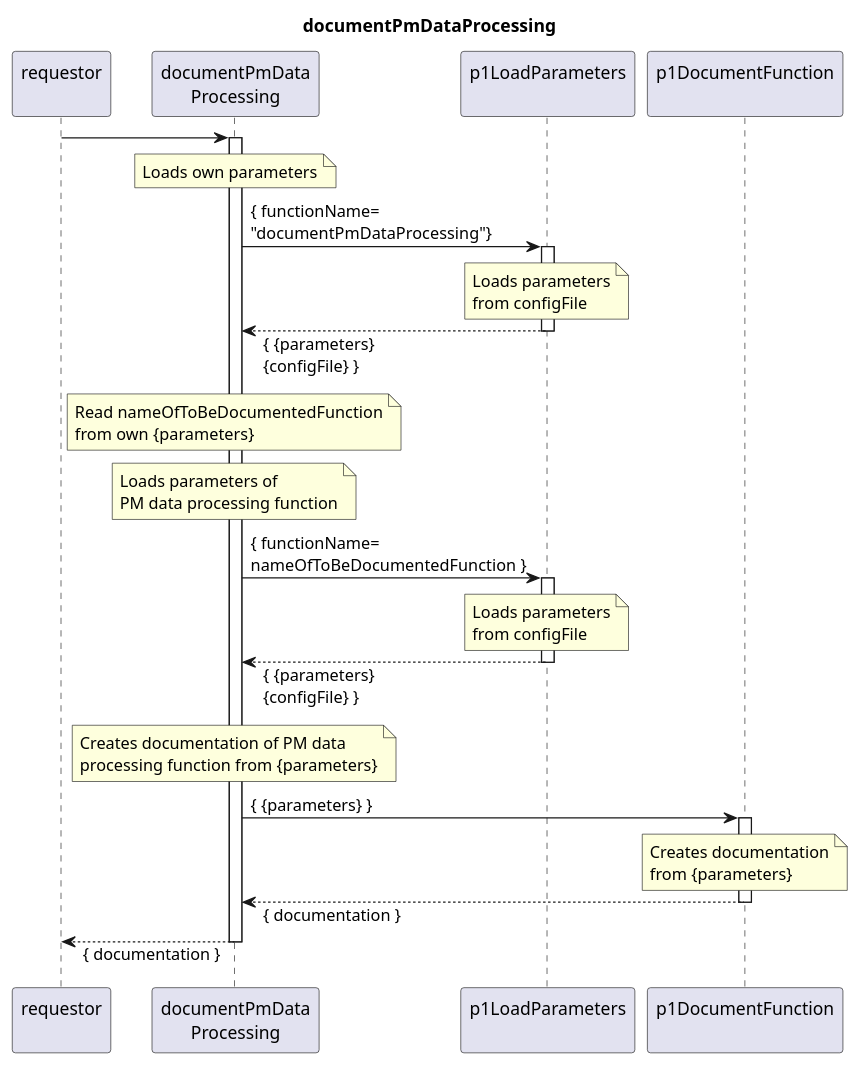
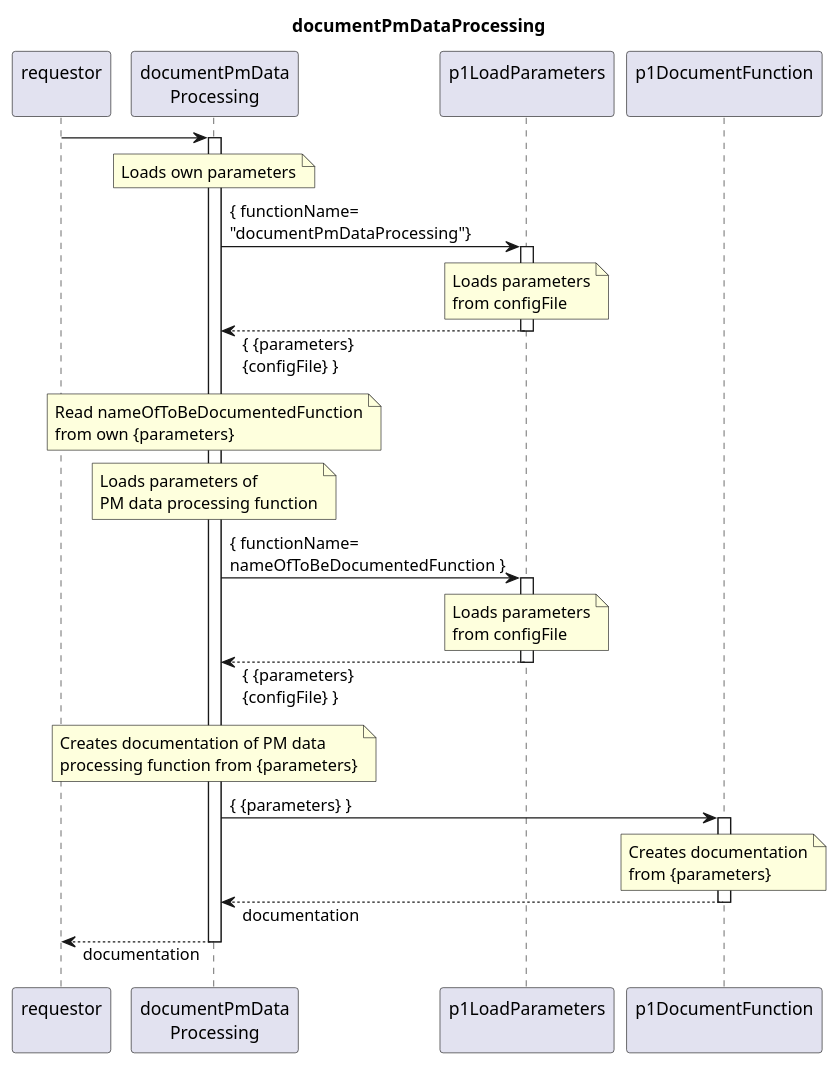
Before and after one commit to openBackhaul/DevicePerformanceManagementDataProcessor: the diagram in spec/Services/documentPmDataProcessing/1.0.0/documentPmDataProcessing.plantuml, drawn with PlantUML. The commit also changed 6 other files, not shown here.

Commit message:
Complete and finalize several plantumls

```diff
--- a/spec/Services/documentPmDataProcessing/1.0.0/documentPmDataProcessing.plantuml
+++ b/spec/Services/documentPmDataProcessing/1.0.0/documentPmDataProcessing.plantuml
@@ -1,62 +1,62 @@
 @startuml documentPmDataProcessing
 skinparam responseMessageBelowArrow true
 
 title
   documentPmDataProcessing
 end title
 
 participant "requestor\n" as requestor
 participant "documentPmData\nProcessing" as cur
 participant "p1LoadParameters\n" as loadParams
 participant "p1DocumentFunction\n" as p1Doc
 
 requestor -> cur
 activate cur
 
   note over cur
     Loads own parameters
   end note
   cur -> loadParams: { functionName=\n"documentPmDataProcessing"}
   activate loadParams
     note over loadParams
       Loads parameters
       from configFile
     end note
   cur <-- loadParams: { {parameters} \n{configFile} }
   deactivate loadParams
 
   note over cur
     Read nameOfToBeDocumentedFunction
     from own {parameters}
   end note
 
   note over cur
     Loads parameters of
     PM data processing function
   end note
   cur -> loadParams: { functionName=\nnameOfToBeDocumentedFunction }
   activate loadParams
     note over loadParams
       Loads parameters
       from configFile
     end note
   cur <-- loadParams: { {parameters} \n{configFile} }
   deactivate loadParams
 
   note over cur
     Creates documentation of PM data
     processing function from {parameters}
   end note
   cur -> p1Doc: { {parameters} }
   activate p1Doc
     note over p1Doc
       Creates documentation
       from {parameters}
     end note
-  cur <-- p1Doc: { documentation }
+  cur <-- p1Doc: documentation
   deactivate p1Doc
 
-requestor <-- cur: { documentation }
+requestor <-- cur: documentation
 deactivate cur
 
 @enduml
```
